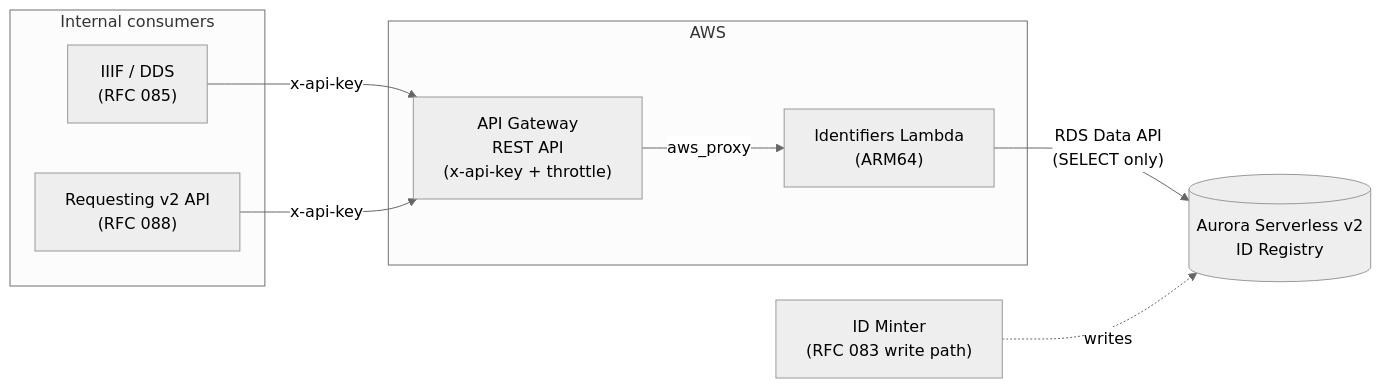
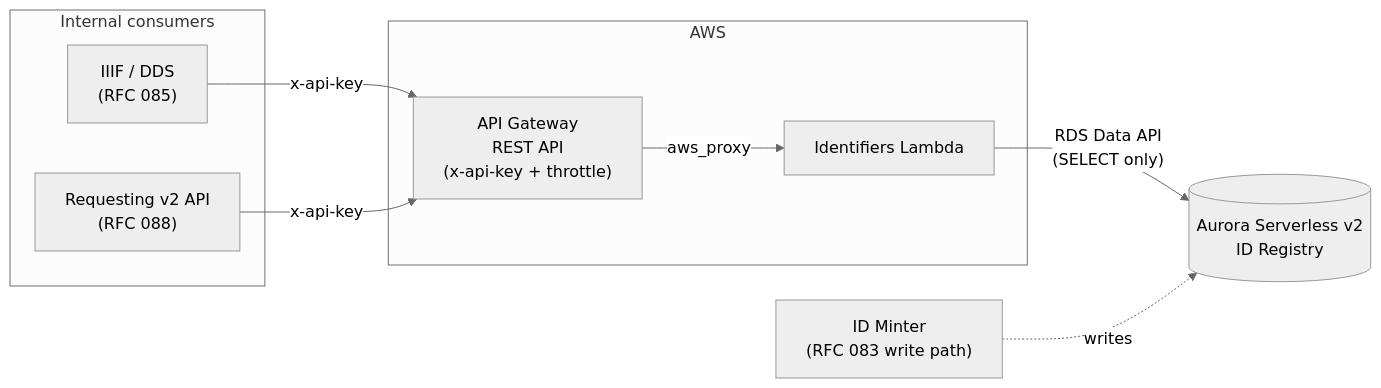
One commit to wellcomecollection/docs changed the diagram in rfcs/089-identifiers-api/README.md. Above: the diagram before and after it, drawn with Mermaid (neutral theme). The commit also changed other lines of this file, not shown here.

First line of the commit message:
RFC 089: drop the ARM64/Graviton Lambda decision

````diff
--- a/rfcs/089-identifiers-api/README.md
+++ b/rfcs/089-identifiers-api/README.md
@@ -168,21 +168,21 @@
 ```mermaid
 graph LR
   subgraph Consumers["Internal consumers"]
     DDS["IIIF / DDS<br/>(RFC 085)"]
     REQ["Requesting v2 API<br/>(RFC 088)"]
   end
 
   subgraph AWS
     GW["API Gateway<br/>REST API<br/>(x-api-key + throttle)"]
-    L["Identifiers Lambda<br/>(ARM64)"]
+    L["Identifiers Lambda"]
   end
 
   REG[("Aurora Serverless v2<br/>ID Registry")]
   MINT["ID Minter<br/>(RFC 083 write path)"]
 
   DDS -->|"x-api-key"| GW
   REQ -->|"x-api-key"| GW
   GW -->|aws_proxy| L
   L -->|"RDS Data API<br/>(SELECT only)"| REG
   MINT -.->|writes| REG
 ```
````
